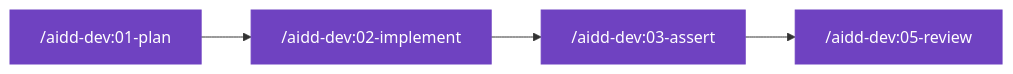
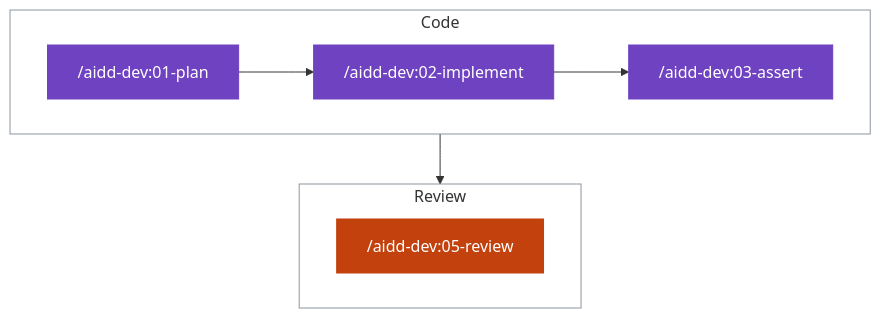
Before and after one commit to ai-driven-dev/framework: the first of 9 diagrams in docs/GUIDES.md, drawn with Mermaid. The commit also changed other lines of this file and 18 other files, not shown here.

First line of the commit message:
docs: show the human in the loop and trim every document to tables and diagrams

````diff
--- a/docs/GUIDES.md
+++ b/docs/GUIDES.md
@@ -21,7 +19,24 @@
 ```mermaid
-flowchart LR
-  n0["/aidd-dev:01-plan"] --> n1["/aidd-dev:02-implement"] --> n2["/aidd-dev:03-assert"] --> n3["/aidd-dev:05-review"]
-  classDef step fill:#6f42c1,stroke:#6f42c1,color:#fff
-  classDef opt fill:#e9ddff,stroke:#6f42c1,stroke-dasharray:4 3,color:#3b1d78
-  class n0,n1,n2,n3 step
+flowchart TD
+  subgraph z0["Code"]
+    direction LR
+    n0["/aidd-dev:01-plan"] --> n1["/aidd-dev:02-implement"] --> n2["/aidd-dev:03-assert"]
+  end
+  subgraph z1["Review"]
+    direction LR
+    n3["/aidd-dev:05-review"]
+  end
+  z0 --> z1
+  classDef spec fill:#0b7285,stroke:#0b7285,color:#fff
+  classDef specOpt fill:#cff4fc,stroke:#0b7285,stroke-dasharray:4 3,color:#0b4a57
+  classDef code fill:#6f42c1,stroke:#6f42c1,color:#fff
+  classDef codeOpt fill:#e9ddff,stroke:#6f42c1,stroke-dasharray:4 3,color:#3b1d78
+  classDef ship fill:#c2410c,stroke:#c2410c,color:#fff
+  classDef shipOpt fill:#ffe1d1,stroke:#c2410c,stroke-dasharray:4 3,color:#7a2606
+  classDef plain fill:#0969da,stroke:#0969da,color:#fff
+  classDef plainOpt fill:#ddf4ff,stroke:#0969da,stroke-dasharray:4 3,color:#0a3069
+  class n0,n1,n2 code
+  class n3 ship
+  style z0 fill:none,stroke:#8c959f
+  style z1 fill:none,stroke:#8c959f
 ```
````
